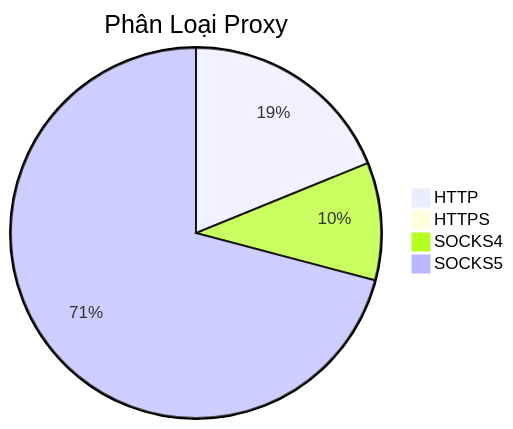
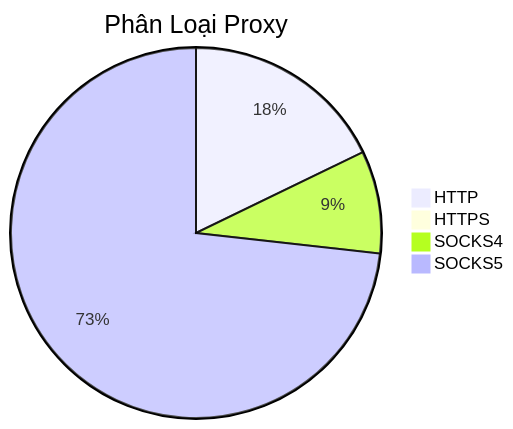
Before and after one commit to Ciara-Aa/PROXY-free: the diagram in README.md, drawn with Mermaid. The commit also changed other lines of this file and 4 other files, not shown here.

````diff
--- a/README.md
+++ b/README.md
@@ -26,7 +26,7 @@
 ```mermaid
 pie title Phân Loại Proxy
-    "HTTP" : 444
-    "HTTPS" : 2
-    "SOCKS4" : 242
-    "SOCKS5" : 1670
+    "HTTP" : 497
+    "HTTPS" : 0
+    "SOCKS4" : 250
+    "SOCKS5" : 2043
 ```
````
